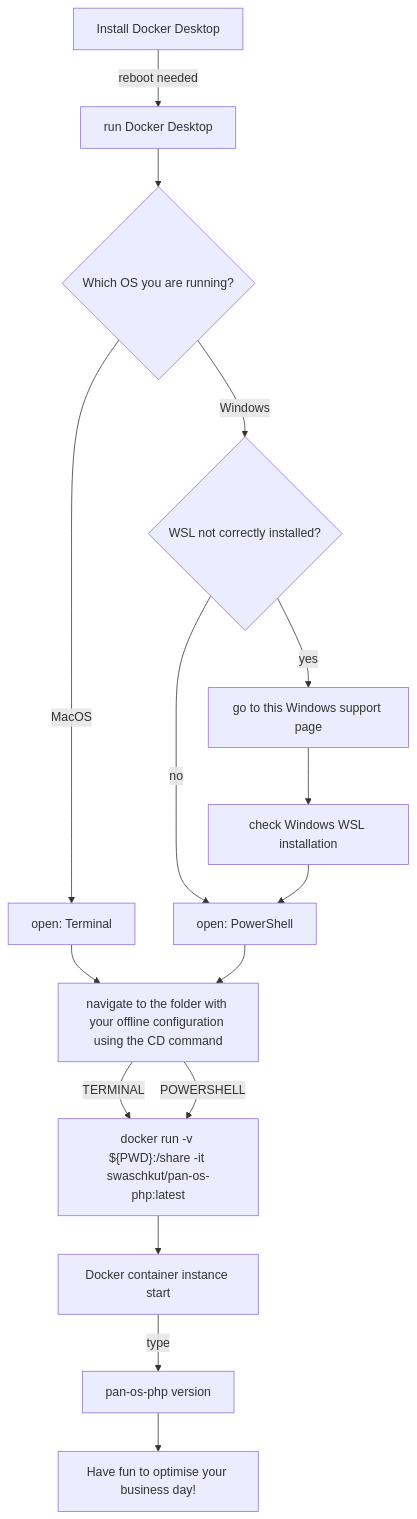
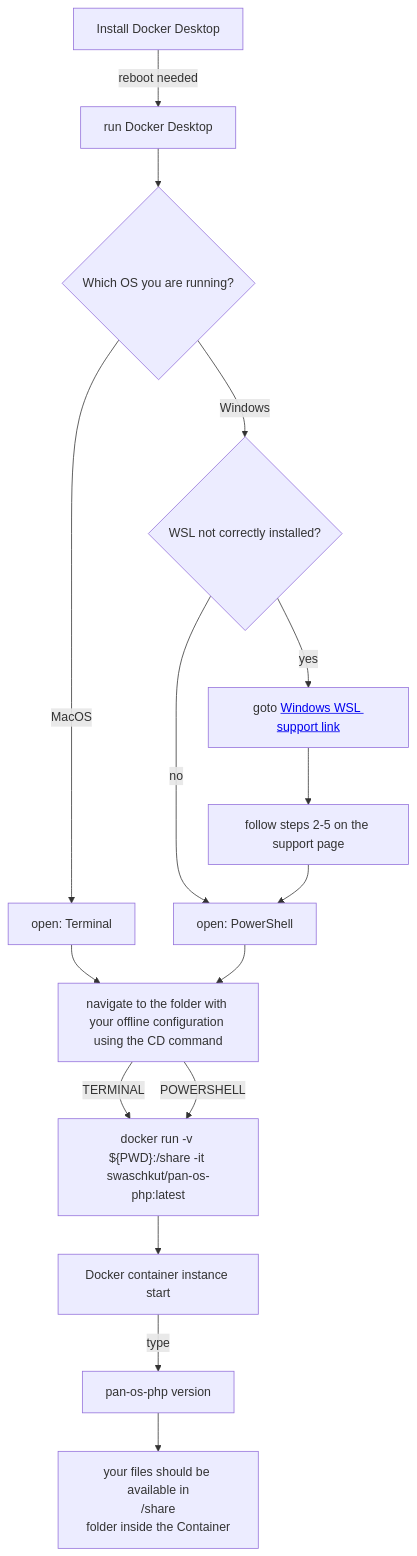
The diagram in READMEdocker.md (PaloAltoNetworks/pan-os-php), drawn with Mermaid before and after one commit. The commit also changed other lines of this file, not shown here.

````diff
--- a/READMEdocker.md
+++ b/READMEdocker.md
@@ -4,38 +4,38 @@
 ```mermaid
 graph TD
     
     
     BB[Install Docker Desktop] -->|reboot needed| CC[run Docker Desktop]
     CC --> CC1[which OS]
     
     CC1{Which OS you are running?} -->|MacOS| B1[open: Terminal]
     CC1{Which OS you are running?} -->|Windows| C1[check Docker]
     
     
     B1 --> Z1[navigate to the folder with your offline configuration using the CD command]
        
  
     
     C1{WSL not correctly installed?} -->|no| F2[open: PowerShell]
-    C1{WSL not correctly installed?} -->|yes| C3[go to this Windows support page]
+    C1{WSL not correctly installed?} -->|yes| C3[goto <a href='https://docs.microsoft.com/en-gb/windows/wsl/install-manual'>Windows WSL support link</a>]
     
    
     
-    C3 --> C7[check Windows WSL installation]    
+    C3 --> C7[follow steps 2-5 on the support page]    
     C7 --> F2[open: PowerShell]
 
    
    
     F2 --> Z1[navigate to the folder with your offline configuration using the CD command]
     
     
     Z1 -->|TERMINAL| K1["docker run -v ${PWD}:/share -it swaschkut/pan-os-php:latest"]
     Z1 -->|POWERSHELL| K1["docker run -v ${PWD}:/share -it swaschkut/pan-os-php:latest"]
     
   
     
     K1 --> K3[Docker container instance start]
     K3 -->|type| R[pan-os-php version]
     
-    R --> S[Have fun to optimise your business day!]
+    R --> S[your files should be available in<br />/share<br />folder inside the Container]
 ```
````
